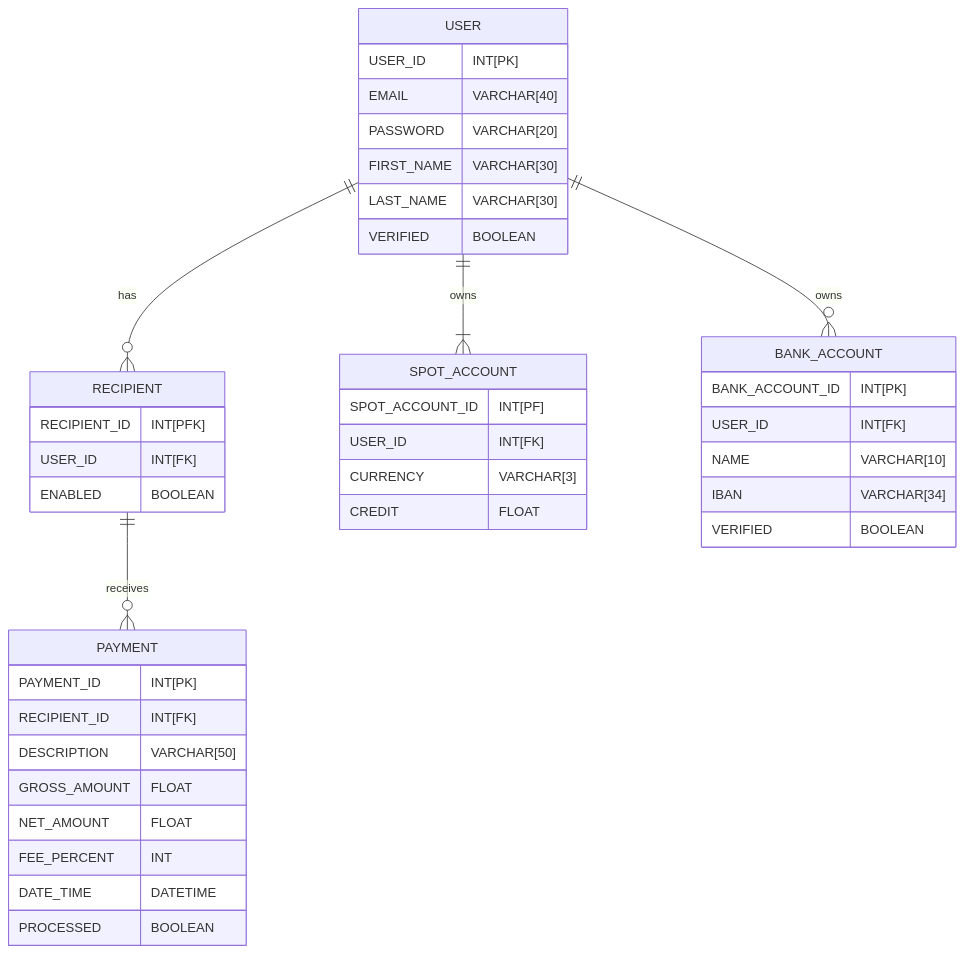
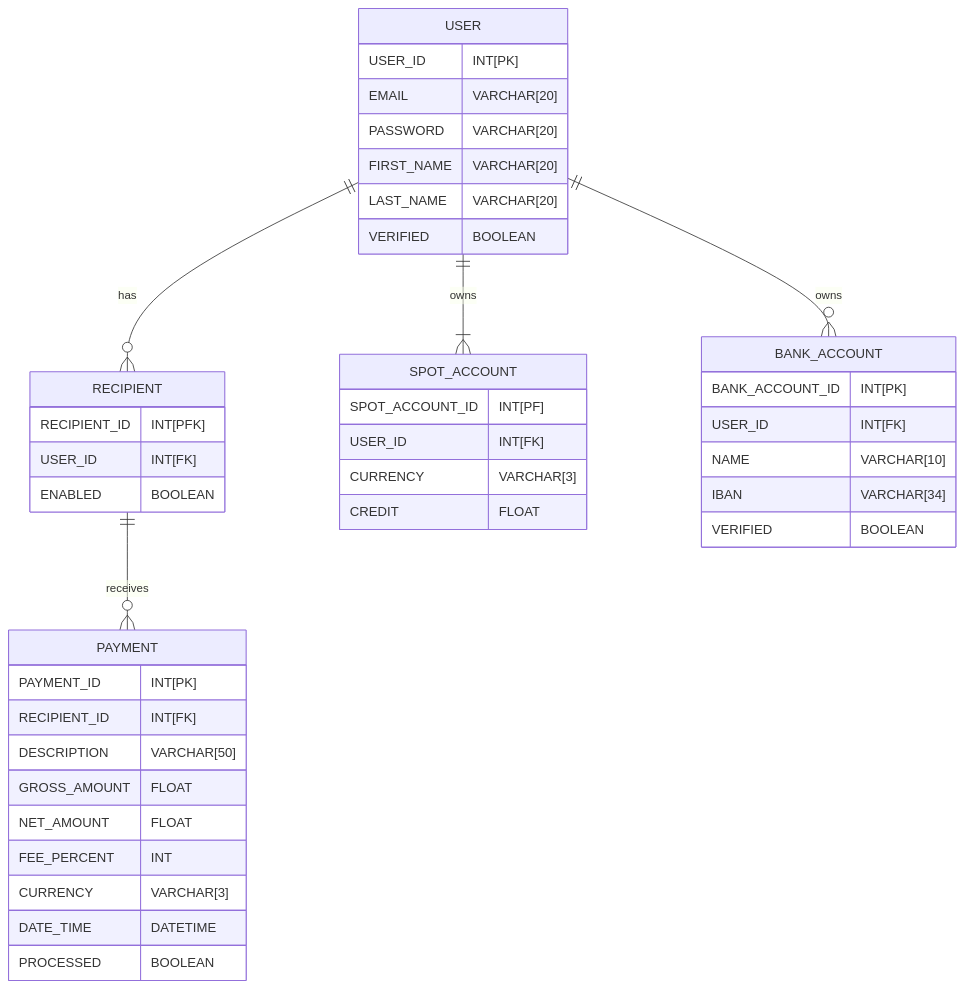
The second of 2 diagrams in README.md (mactepluke/pmb), drawn with Mermaid before and after one commit. The commit also changed 24 other files, not shown here.

````diff
--- a/README.md
+++ b/README.md
@@ -51,46 +51,47 @@
 ```mermaid
 erDiagram
     USER ||--o{ RECIPIENT : "has"
     USER ||--|{ SPOT_ACCOUNT : owns
     RECIPIENT ||--o{ PAYMENT : receives
     USER ||--o{ BANK_ACCOUNT : owns
 
     USER {
         USER_ID INT[PK]
-        EMAIL VARCHAR[40]
+        EMAIL VARCHAR[20]
         PASSWORD VARCHAR[20]
-        FIRST_NAME VARCHAR[30]
-        LAST_NAME VARCHAR[30]
+        FIRST_NAME VARCHAR[20]
+        LAST_NAME VARCHAR[20]
         VERIFIED BOOLEAN
 }
 SPOT_ACCOUNT {
     SPOT_ACCOUNT_ID INT[PF]
     USER_ID INT[FK]
     CURRENCY VARCHAR[3]
     CREDIT FLOAT
 }
 RECIPIENT  {
     RECIPIENT_ID INT[PFK]
     USER_ID INT[FK]
     ENABLED BOOLEAN
 }
 
 BANK_ACCOUNT    {
     BANK_ACCOUNT_ID INT[PK]
     USER_ID INT[FK]
     NAME VARCHAR[10]
     IBAN VARCHAR[34]
     VERIFIED BOOLEAN
 }
 
 PAYMENT {
     PAYMENT_ID INT[PK]
     RECIPIENT_ID INT[FK]
     DESCRIPTION VARCHAR[50]
     GROSS_AMOUNT FLOAT
     NET_AMOUNT FLOAT
     FEE_PERCENT INT
+    CURRENCY VARCHAR[3]
     DATE_TIME DATETIME
     PROCESSED BOOLEAN
 }
 ```
````
